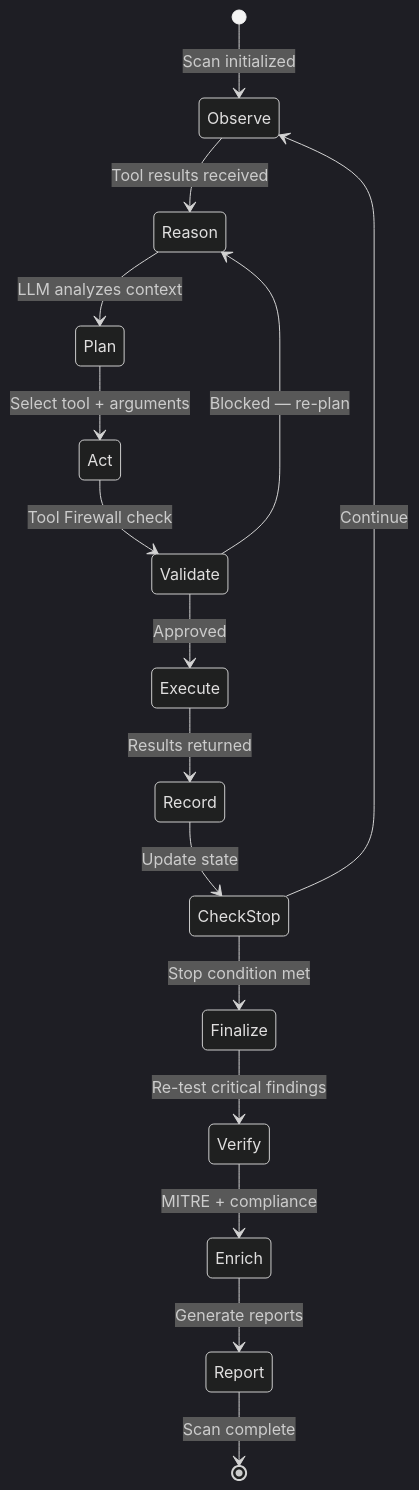
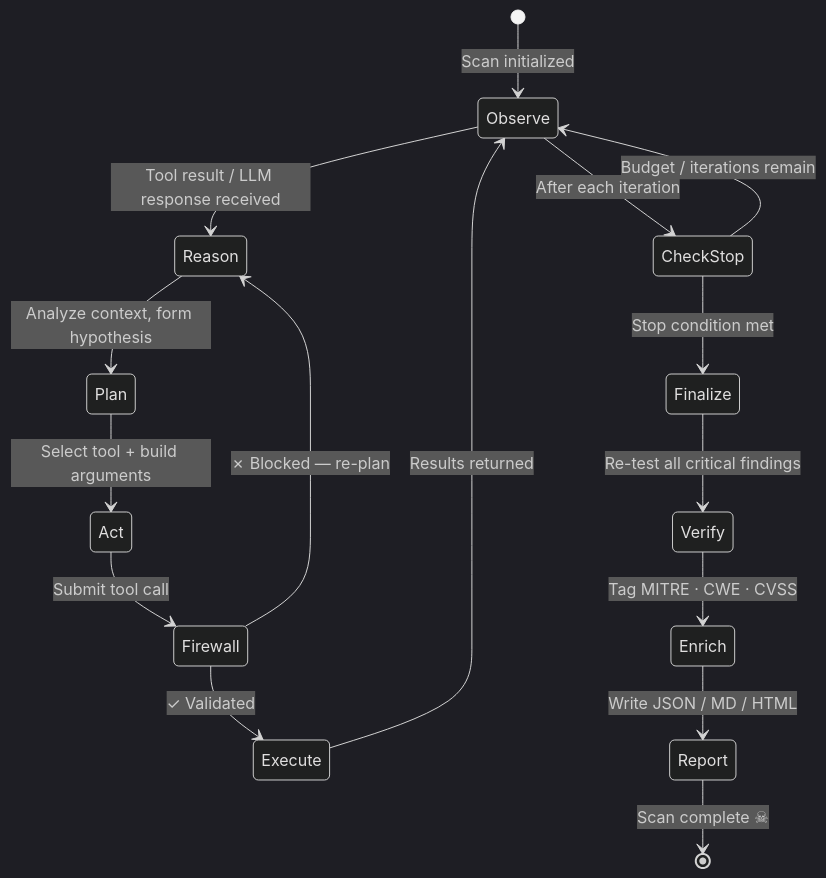
Before and after one commit to Usta0x001/Phantom: the third of 4 diagrams in README.md, drawn with Mermaid. The commit also changed other lines of this file and 4 other files, not shown here.

````diff
--- a/README.md
+++ b/README.md
@@ -187,23 +210,26 @@
 ```mermaid
 %%{init: {'theme': 'dark'}}%%
 stateDiagram-v2
+    direction TB
     [*] --> Observe: Scan initialized
-    Observe --> Reason: Tool results received
-    Reason --> Plan: LLM analyzes context
-    Plan --> Act: Select tool + arguments
-    Act --> Validate: Tool Firewall check
 
-    Validate --> Execute: Approved
-    Validate --> Reason: Blocked — re-plan
+    Observe --> Reason: Tool result / LLM response received
+    Reason --> Plan: Analyze context, form hypothesis
+    Plan --> Act: Select tool + build arguments
 
-    Execute --> Record: Results returned
-    Record --> CheckStop: Update state
+    Act --> Firewall: Submit tool call
 
-    CheckStop --> Observe: Continue
+    Firewall --> Execute: ✓ Validated
+    Firewall --> Reason: ✗ Blocked — re-plan
+
+    Execute --> Observe: Results returned
+
+    Observe --> CheckStop: After each iteration
+    CheckStop --> Observe: Budget / iterations remain
     CheckStop --> Finalize: Stop condition met
 
-    Finalize --> Verify: Re-test critical findings
-    Verify --> Enrich: MITRE + compliance
-    Enrich --> Report: Generate reports
-    Report --> [*]: Scan complete
+    Finalize --> Verify: Re-test all critical findings
+    Verify --> Enrich: Tag MITRE · CWE · CVSS
+    Enrich --> Report: Write JSON / MD / HTML
+    Report --> [*]: Scan complete ☠
 ```
````
